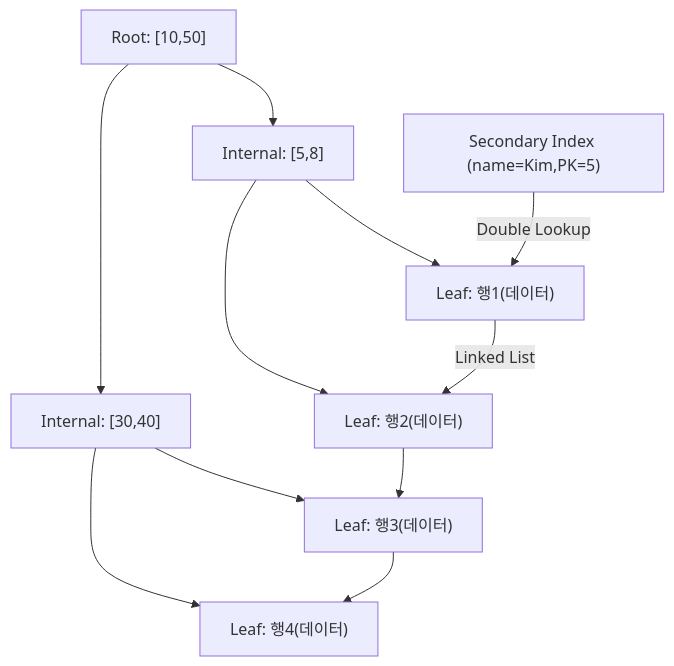
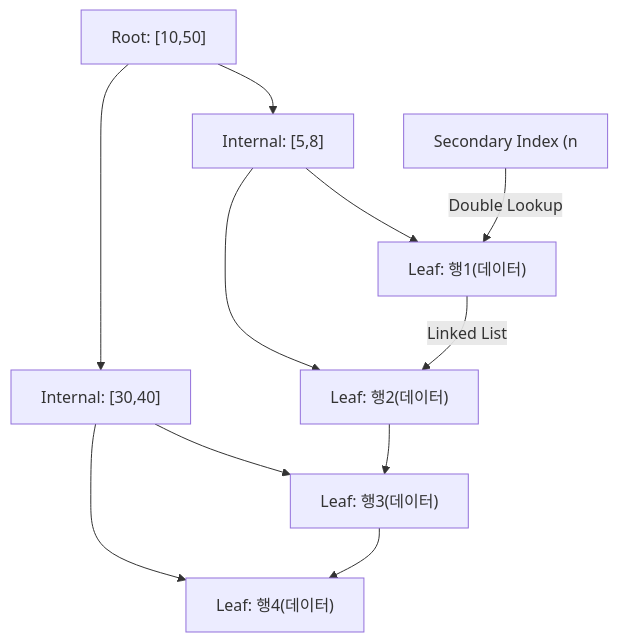
The ninth of 15 diagrams in _posts/db/2026-05-01-db-comparison.md (yjkim2015/yjkim2015.github.io), drawn with Mermaid before and after one commit. The commit also changed other lines of this file and 271 other files, not shown here.

First line of the commit message:
Mermaid 라벨 축소: 긴 노드 텍스트 18자 이하로 트림 + \n 제거

````diff
--- a/_posts/db/2026-05-01-db-comparison.md
+++ b/_posts/db/2026-05-01-db-comparison.md
@@ -215,11 +215,11 @@
 ```mermaid
 graph TD
     R["Root: [10,50]"] --> I1["Internal: [5,8]"]
     R --> I2["Internal: [30,40]"]
     I1 --> L1["Leaf: 행1(데이터)"]
     I1 --> L2["Leaf: 행2(데이터)"]
     I2 --> L3["Leaf: 행3(데이터)"]
     I2 --> L4["Leaf: 행4(데이터)"]
     L1 -->|"Linked List"| L2 --> L3 --> L4
-    SI["Secondary Index (name=Kim,PK=5)"] -->|"Double Lookup"| L1
+    SI["Secondary Index (n"] -->|"Double Lookup"| L1
 ```
````
